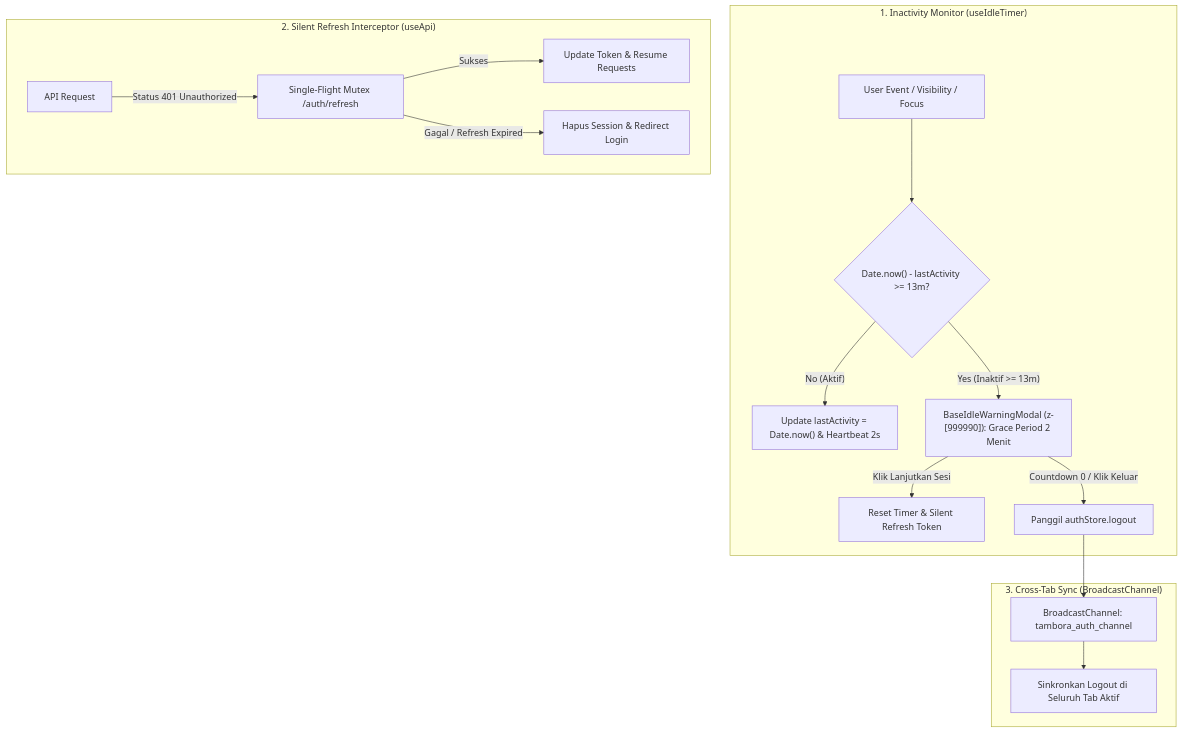
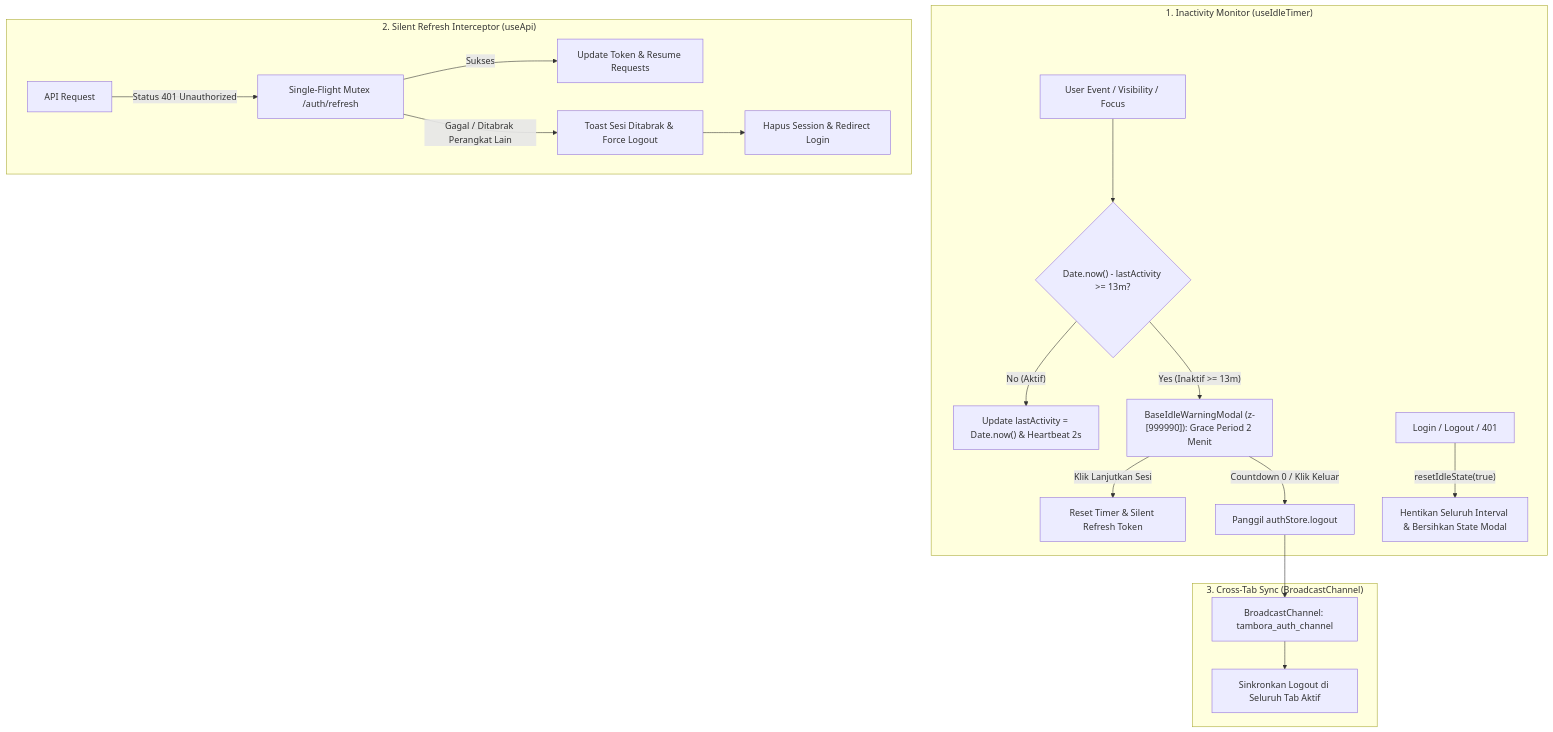
Before and after one commit to fernandoparhusip/tambora: the first of 5 diagrams in docs/Architecture.md, drawn with Mermaid. The commit also changed 5 other files, not shown here.

Commit message:
fix(auth): tangani sesi ganda dan reset total timer saat login

````diff
--- a/docs/Architecture.md
+++ b/docs/Architecture.md
@@ -52,21 +52,23 @@
 ```mermaid
 flowchart TD
     subgraph IDLE_SYSTEM["1. Inactivity Monitor (useIdleTimer)"]
         ACTIVITY["User Event / Visibility / Focus"] --> CHECK_DELTA{"Date.now() - lastActivity >= 13m?"}
         CHECK_DELTA -->|"No (Aktif)"| RESET_TS["Update lastActivity = Date.now() & Heartbeat 2s"]
         CHECK_DELTA -->|"Yes (Inaktif >= 13m)"| WARNING_MODAL["BaseIdleWarningModal (z-[999990]): Grace Period 2 Menit"]
         WARNING_MODAL -->|"Klik Lanjutkan Sesi"| KEEP_ALIVE["Reset Timer & Silent Refresh Token"]
         WARNING_MODAL -->|"Countdown 0 / Klik Keluar"| LOGOUT_TRIGGER["Panggil authStore.logout"]
+        LOGIN_RESET["Login / Logout / 401"] -->|"resetIdleState(true)"| CLEAR_ALL["Hentikan Seluruh Interval & Bersihkan State Modal"]
     end
 
     subgraph API_SYSTEM["2. Silent Refresh Interceptor (useApi)"]
         API_REQ["API Request"] -->|"Status 401 Unauthorized"| REFRESH_QUEUE["Single-Flight Mutex /auth/refresh"]
         REFRESH_QUEUE -->|"Sukses"| RETRY["Update Token & Resume Requests"]
-        REFRESH_QUEUE -->|"Gagal / Refresh Expired"| FORCE_LOGOUT["Hapus Session & Redirect Login"]
+        REFRESH_QUEUE -->|"Gagal / Ditabrak Perangkat Lain"| CONCURRENT_NOTIF["Toast Sesi Ditabrak & Force Logout"]
+        CONCURRENT_NOTIF --> FORCE_LOGOUT["Hapus Session & Redirect Login"]
     end
 
     subgraph SYNC_SYSTEM["3. Cross-Tab Sync (BroadcastChannel)"]
         LOGOUT_TRIGGER --> BROADCAST["BroadcastChannel: tambora_auth_channel"]
         BROADCAST --> ALL_TABS["Sinkronkan Logout di Seluruh Tab Aktif"]
     end
 ```
````
